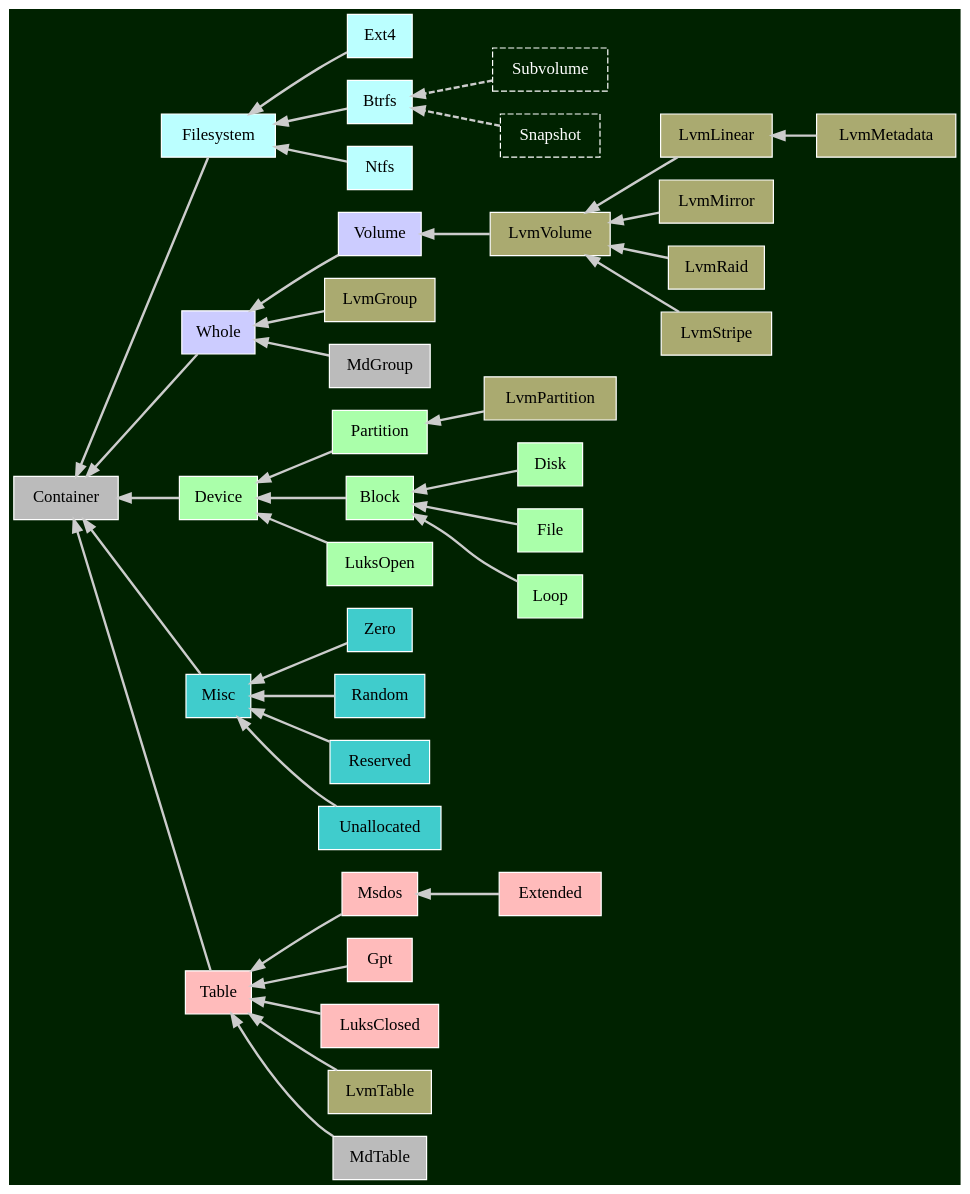
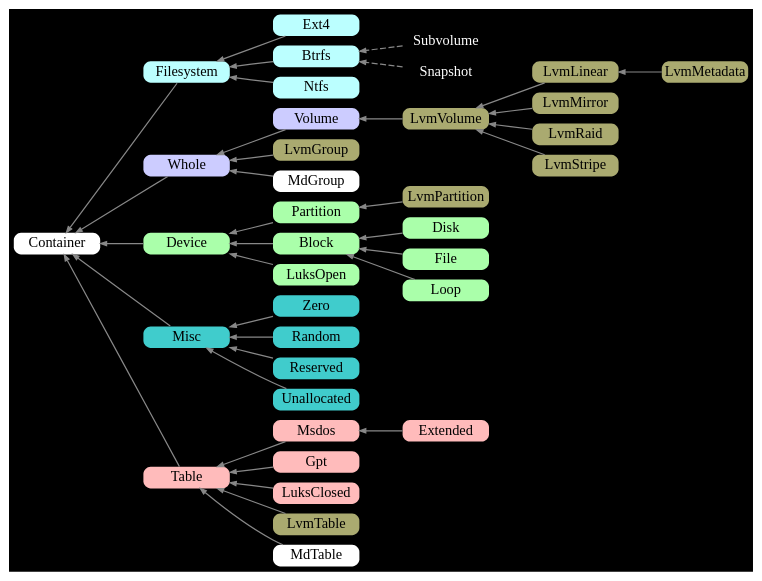
One commit to flatcap/dparted changed the diagram in gfx/class_dparted3.gv. Above: the diagram before and after it, drawn with Graphviz. The commit also changed 4 other files, not shown here.

```diff
--- a/gfx/class_dparted3.gv
+++ b/gfx/class_dparted3.gv
@@ -1,121 +1,138 @@
 digraph G
 {
-	graph [ rankdir="RL" ];
-	node  [ shape=record, style=filled ];
-	edge  [ penwidth=2.0 ];
+	graph [
+		rankdir="RL"
+		bgcolor=black
+		color=white
+		nodesep=0.1
+		ranksep=0.5
+	];
 
-	graph [ bgcolor="#002200", color=white ];
-	node  [ fillcolor="#bbbbbb", color=white ];
-	edge  [ color="#cccccc" ];
+	node [
+		shape=Mrecord
+		fontsize=12
+		style=filled
+		color=white
+		width="1.0"
+		height="0.25"
+		fixedsize=true
+		penwidth=0
+	];
+
+	edge [
+		penwidth=1.0
+		color="#888888"
+		arrowsize=0.5
+	];
 
 	Table      [ fillcolor="#ffbbbb" ];
 	Msdos      [ fillcolor="#ffbbbb" ];
 	Extended   [ fillcolor="#ffbbbb" ];
 	Gpt        [ fillcolor="#ffbbbb" ];
 	LuksClosed [ fillcolor="#ffbbbb" ];
 
 	Filesystem [ fillcolor="#bbffff" ];
 	Ext4       [ fillcolor="#bbffff" ];
 	Btrfs      [ fillcolor="#bbffff" ];
 	Ntfs       [ fillcolor="#bbffff" ];
 
 	BtrfsSubvolume [ label="Subvolume" fontcolor=white color=white fillcolor="#002200" style=dashed ];
 	BtrfsSnapshot  [ label="Snapshot"  fontcolor=white color=white fillcolor="#002200" style=dashed ];
 
 	Whole  [ fillcolor="#ccccff" ];
 	Volume [ fillcolor="#ccccff" ];
 
 	LvmGroup     [ fillcolor="#aaaa70" ];
 	LvmLinear    [ fillcolor="#aaaa70" ];
 	LvmMetadata  [ fillcolor="#aaaa70" ];
 	LvmMirror    [ fillcolor="#aaaa70" ];
 	LvmPartition [ fillcolor="#aaaa70" ];
 	LvmRaid      [ fillcolor="#aaaa70" ];
 	LvmStripe    [ fillcolor="#aaaa70" ];
 	LvmTable     [ fillcolor="#aaaa70" ];
 	LvmVolume    [ fillcolor="#aaaa70" ];
 
 	Device    [ fillcolor="#aaffaa" ];
 
 	Partition [ fillcolor="#aaffaa" ];
 	Block     [ fillcolor="#aaffaa" ];
 	LuksOpen  [ fillcolor="#aaffaa" ];
 
 	Disk  [ fillcolor="#aaffaa" ];
 	File  [ fillcolor="#aaffaa" ];
 	Loop  [ fillcolor="#aaffaa" ];
 
 	Misc        [ fillcolor="#40cccc" ];
 	Zero        [ fillcolor="#40cccc" ];
 	Random      [ fillcolor="#40cccc" ];
 	Reserved    [ fillcolor="#40cccc" ];
 	Unallocated [ fillcolor="#40cccc" ];
 
 	Filesystem   -> Container;
 	Table        -> Container;
 	Whole        -> Container;
 	Device       -> Container;
 	Misc         -> Container;
 
 	subgraph cluste_r1 {
 		color = transparent;
 
 		Block        -> Device;
 		LuksOpen     -> Device;
 		Partition    -> Device;
 
 		Disk         -> Block;
 		File         -> Block;
 		Loop         -> Block;
 
 		LvmPartition -> Partition;
 	}
 
 	subgraph cluste_r2 {
 		color = transparent;
 
 		Extended     -> Msdos;
 
 		Gpt          -> Table;
 		LvmTable     -> Table;
 		MdTable      -> Table;
 		Msdos        -> Table;
 		LuksClosed   -> Table;
 	}
 
 	subgraph cluste_r3 {
 		color = transparent;
 
 		LvmGroup     -> Whole;
 		MdGroup      -> Whole;
 		Volume       -> Whole;
 
 		LvmMetadata  -> LvmLinear;
 		LvmLinear    -> LvmVolume;
 		LvmMirror    -> LvmVolume;
 		LvmRaid      -> LvmVolume;
 		LvmStripe    -> LvmVolume;
 
 		LvmVolume    -> Volume;
 	}
 
 	subgraph cluste_r4 {
 		color = transparent;
 
 		Ext4        -> Filesystem;
 		Btrfs       -> Filesystem;
 		Ntfs        -> Filesystem;
 
 		BtrfsSubvolume -> Btrfs [ style=dashed ];
 		BtrfsSnapshot  -> Btrfs [ style=dashed ];
 	}
 
 	subgraph cluste_r5 {
 		color = transparent;
 
 		Zero        -> Misc;
 		Random      -> Misc;
 		Reserved    -> Misc;
 		Unallocated -> Misc;
 	}
 }
```
